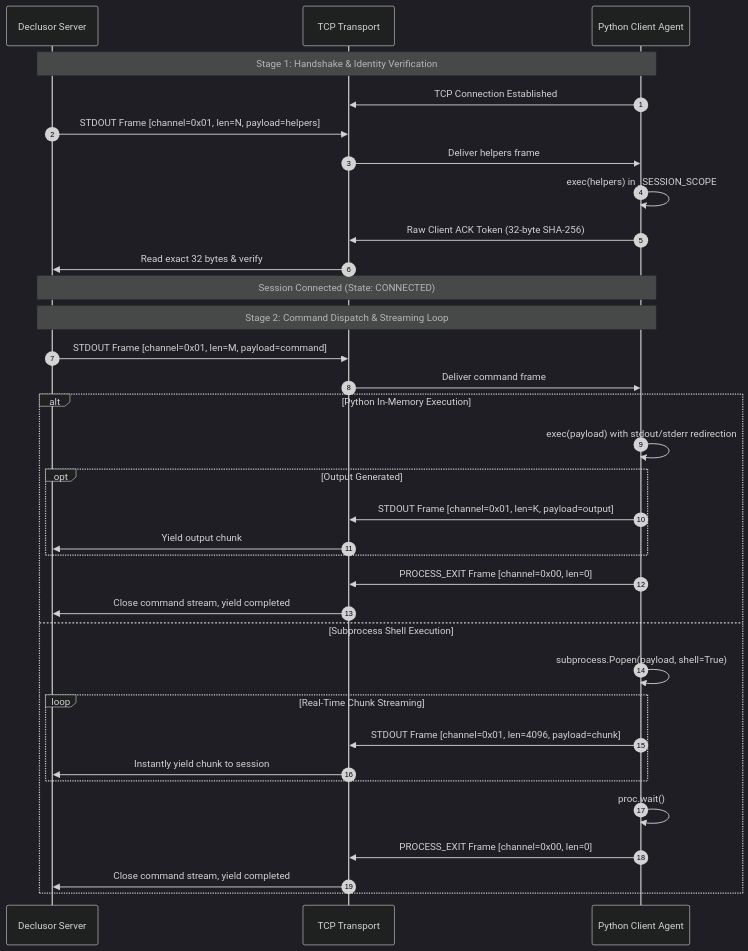
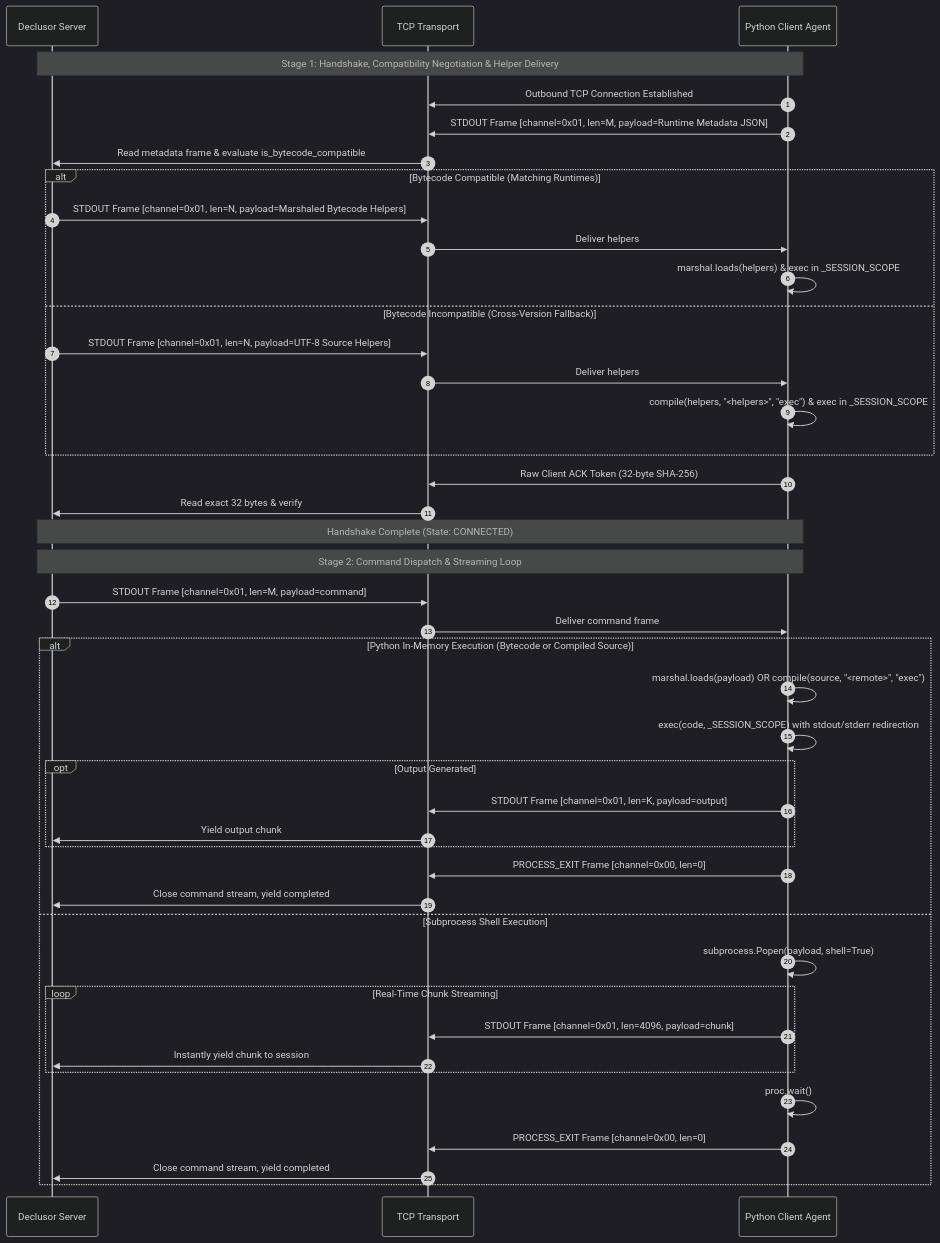
The first of 2 diagrams in plugins/py_socket/PROTOCOL.md (othon-hugo/declusor), drawn with Mermaid (dark theme) before and after one commit. The commit also changed other lines of this file and 17 other files, not shown here.

First line of the commit message:
feat(py_socket): implement zero-disk in-memory execution and handshake runtime negotiation

````diff
--- a/plugins/py_socket/PROTOCOL.md
+++ b/plugins/py_socket/PROTOCOL.md
@@ -52,39 +54,48 @@
 ```mermaid
 sequenceDiagram
     autonumber
     participant Server as Declusor Server
     participant Transport as TCP Transport
     participant Client as Python Client Agent
 
-    Note over Server,Client: Stage 1: Handshake & Identity Verification
-    Client->>Transport: TCP Connection Established
-    Server->>Transport: STDOUT Frame [channel=0x01, len=N, payload=helpers]
-    Transport->>Client: Deliver helpers frame
-    Client->>Client: exec(helpers) in _SESSION_SCOPE
+    Note over Server,Client: Stage 1: Handshake, Compatibility Negotiation & Helper Delivery
+    Client->>Transport: Outbound TCP Connection Established
+    Client->>Transport: STDOUT Frame [channel=0x01, len=M, payload=Runtime Metadata JSON]
+    Transport->>Server: Read metadata frame & evaluate is_bytecode_compatible
+    alt Bytecode Compatible (Matching Runtimes)
+        Server->>Transport: STDOUT Frame [channel=0x01, len=N, payload=Marshaled Bytecode Helpers]
+        Transport->>Client: Deliver helpers
+        Client->>Client: marshal.loads(helpers) & exec in _SESSION_SCOPE
+    else Bytecode Incompatible (Cross-Version Fallback)
+        Server->>Transport: STDOUT Frame [channel=0x01, len=N, payload=UTF-8 Source Helpers]
+        Transport->>Client: Deliver helpers
+        Client->>Client: compile(helpers, "<helpers>", "exec") & exec in _SESSION_SCOPE
+    end
     Client->>Transport: Raw Client ACK Token (32-byte SHA-256)
     Transport->>Server: Read exact 32 bytes & verify
-    Note over Server,Client: Session Connected (State: CONNECTED)
+    Note over Server,Client: Handshake Complete (State: CONNECTED)
 
     Note over Server,Client: Stage 2: Command Dispatch & Streaming Loop
     Server->>Transport: STDOUT Frame [channel=0x01, len=M, payload=command]
     Transport->>Client: Deliver command frame
 
-    alt Python In-Memory Execution
-        Client->>Client: exec(payload) with stdout/stderr redirection
+    alt Python In-Memory Execution (Bytecode or Compiled Source)
+        Client->>Client: marshal.loads(payload) OR compile(source, "<remote>", "exec")
+        Client->>Client: exec(code, _SESSION_SCOPE) with stdout/stderr redirection
         opt Output Generated
             Client->>Transport: STDOUT Frame [channel=0x01, len=K, payload=output]
             Transport->>Server: Yield output chunk
         end
         Client->>Transport: PROCESS_EXIT Frame [channel=0x00, len=0]
         Transport->>Server: Close command stream, yield completed
     else Subprocess Shell Execution
         Client->>Client: subprocess.Popen(payload, shell=True)
         loop Real-Time Chunk Streaming
             Client->>Transport: STDOUT Frame [channel=0x01, len=4096, payload=chunk]
             Transport->>Server: Instantly yield chunk to session
         end
         Client->>Client: proc.wait()
         Client->>Transport: PROCESS_EXIT Frame [channel=0x00, len=0]
         Transport->>Server: Close command stream, yield completed
     end
 ```
````
